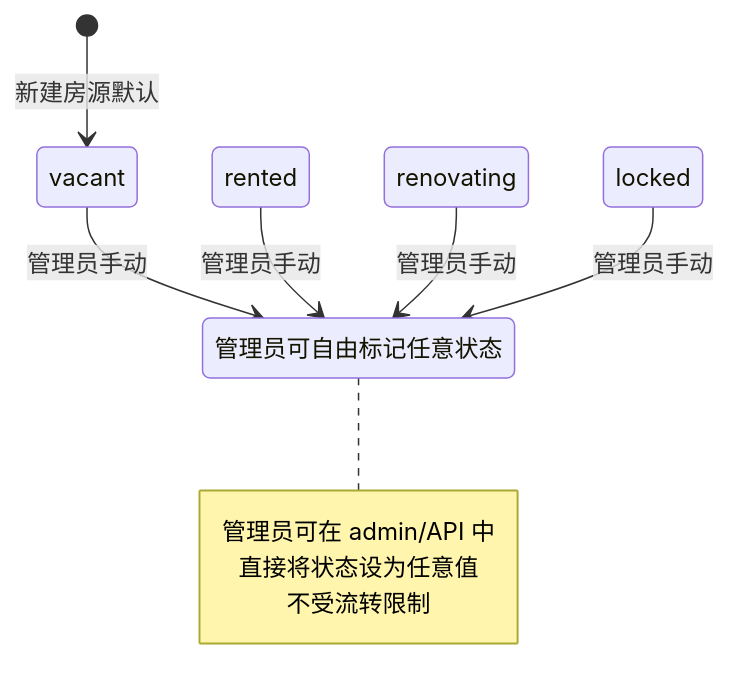
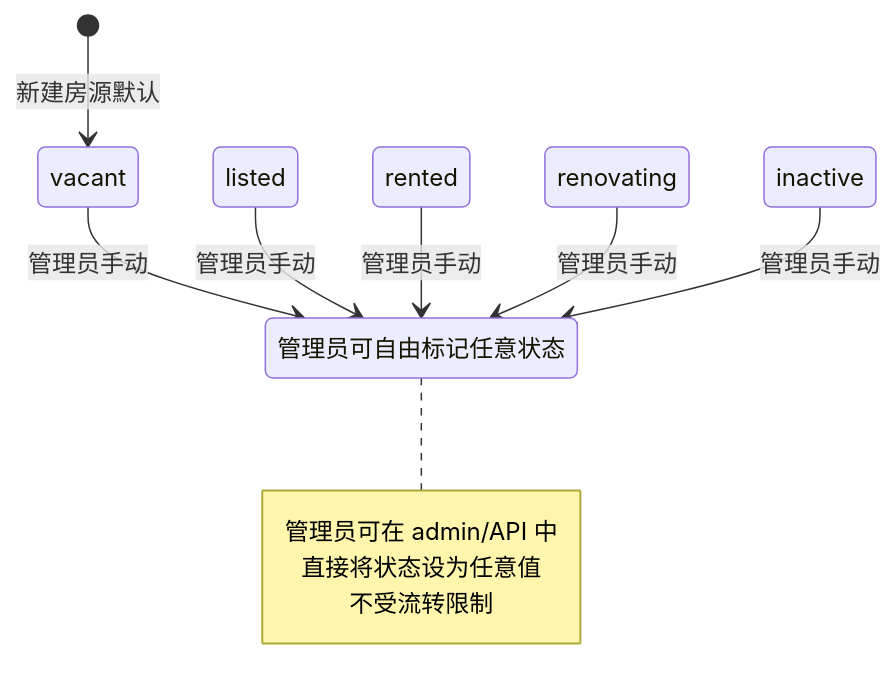
Before and after one commit to ol0o0lo/linkcloud-space: the first of 5 diagrams in openspec/changes/property-rental-management/design.md, drawn with Mermaid. The commit also changed other lines of this file and 10 other files, not shown here.

````diff
--- a/openspec/changes/property-rental-management/design.md
+++ b/openspec/changes/property-rental-management/design.md
@@ -255,10 +251,11 @@
 ```mermaid
 stateDiagram-v2
     [*] --> vacant: 新建房源默认
     state "管理员可自由标记任意状态" as any
     vacant --> any: 管理员手动
+    listed --> any: 管理员手动
     rented --> any: 管理员手动
     renovating --> any: 管理员手动
-    locked --> any: 管理员手动
+    inactive --> any: 管理员手动
     note right of any: 管理员可在 admin/API 中<br/>直接将状态设为任意值<br/>不受流转限制
 ```
````
